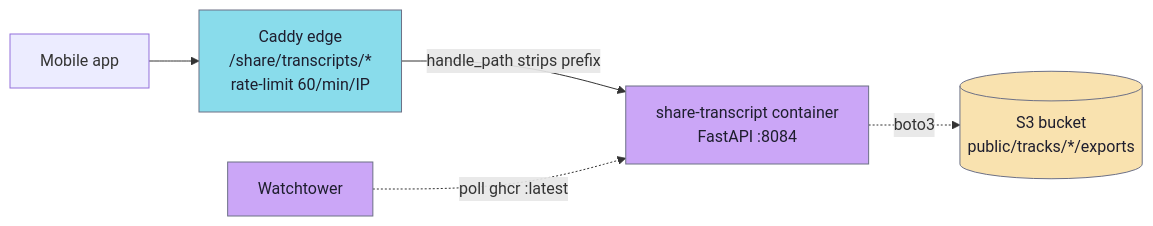
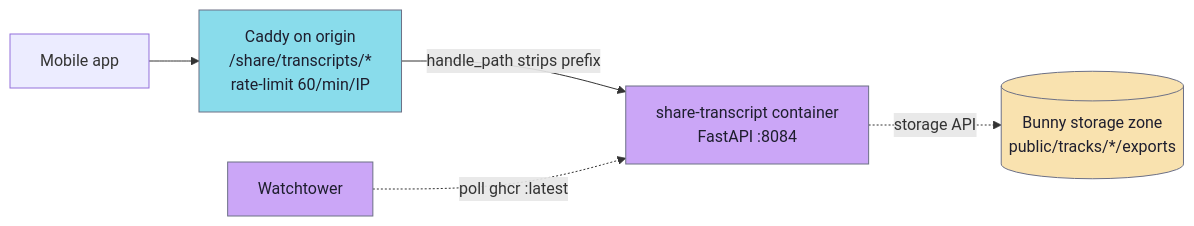
Before and after one commit to jiva-studio/shruti: the third of 3 diagrams in docs/repos/shruti/modules/share-transcript.md, drawn with Mermaid. The commit also changed other lines of this file and 23 other files, not shown here.

````diff
--- a/docs/repos/shruti/modules/share-transcript.md
+++ b/docs/repos/shruti/modules/share-transcript.md
@@ -155,14 +156,14 @@
 ```mermaid
 graph LR
-    Client["Mobile app"] --> Caddy["Caddy edge<br/>/share/transcripts/*<br/>rate-limit 60/min/IP"]
+    Client["Mobile app"] --> Caddy["Caddy on origin<br/>/share/transcripts/*<br/>rate-limit 60/min/IP"]
     Caddy -->|handle_path strips prefix| Svc["share-transcript container<br/>FastAPI :8084"]
-    Svc -. boto3 .-> S3[("S3 bucket<br/>public/tracks/*/exports")]
+    Svc -. storage API .-> S3[("Bunny storage zone<br/>public/tracks/*/exports")]
     WT["Watchtower"] -.->|poll ghcr :latest| Svc
 
     classDef edge fill:#89dceb,stroke:#6c7086,color:#1e1e2e;
     classDef svc fill:#cba6f7,stroke:#6c7086,color:#1e1e2e;
     classDef store fill:#f9e2af,stroke:#6c7086,color:#1e1e2e;
     class Caddy edge;
     class Svc,WT svc;
     class S3 store;
 ```
````
